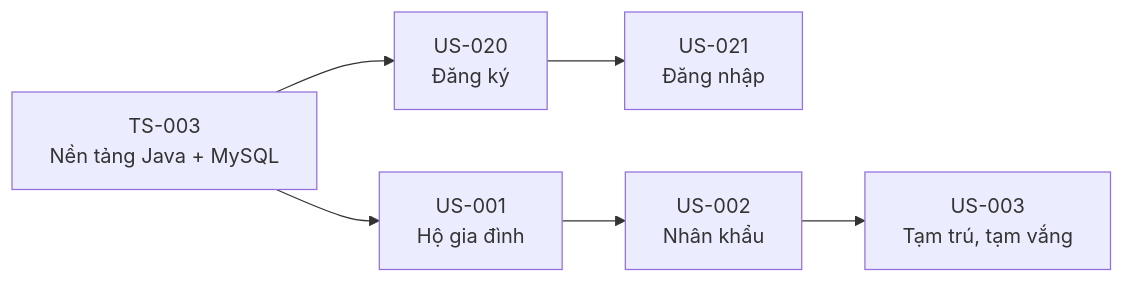
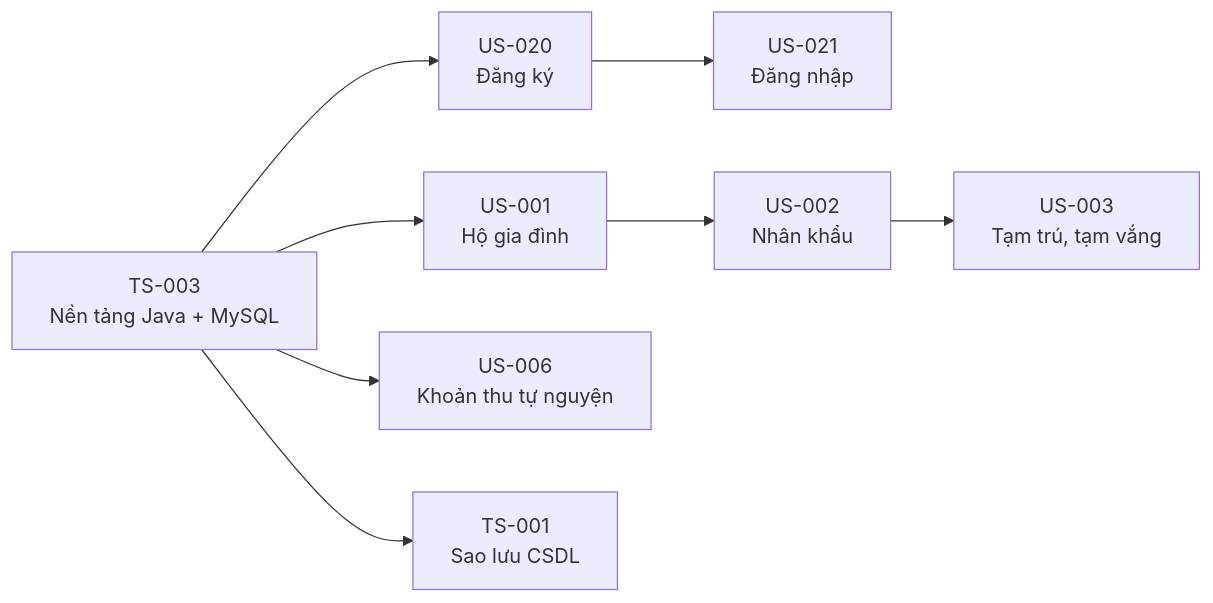
Before and after one commit to khanhdoan4106/IT3180-NMCNPM-GR16-20261: the diagram in docs/meeting-notes/2026-11-16-sprint-planning-1.md, drawn with Mermaid. The commit also changed other lines of this file, not shown here.

````diff
--- a/docs/meeting-notes/2026-11-16-sprint-planning-1.md
+++ b/docs/meeting-notes/2026-11-16-sprint-planning-1.md
@@ -82,8 +85,10 @@
 ```mermaid
 flowchart LR
     TS003[TS-003<br/>Nền tảng Java + MySQL] --> US020[US-020<br/>Đăng ký]
     US020 --> US021[US-021<br/>Đăng nhập]
     TS003 --> US001[US-001<br/>Hộ gia đình]
     US001 --> US002[US-002<br/>Nhân khẩu]
     US002 --> US003[US-003<br/>Tạm trú, tạm vắng]
+    TS003 --> US006[US-006<br/>Khoản thu tự nguyện]
+    TS003 --> TS001[TS-001<br/>Sao lưu CSDL]
 ```
````
